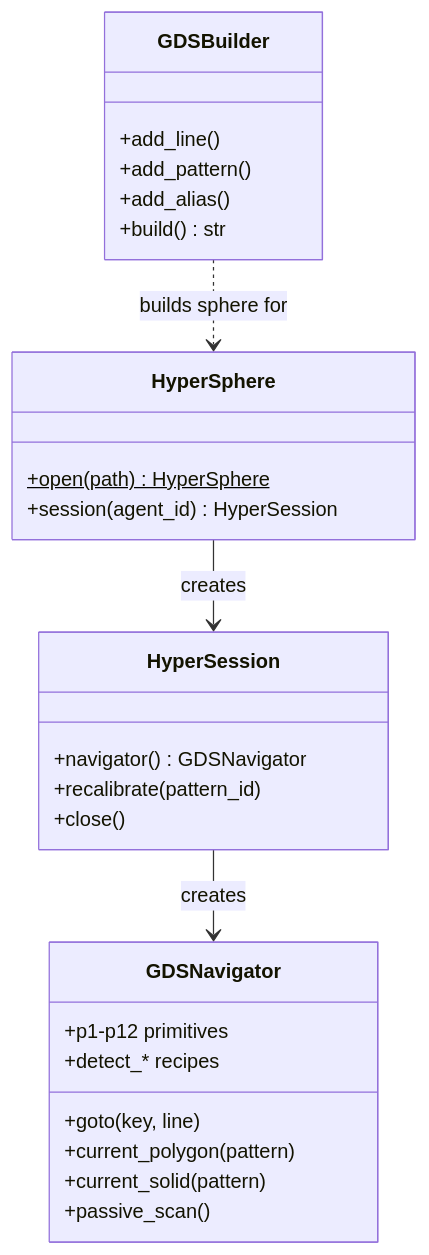
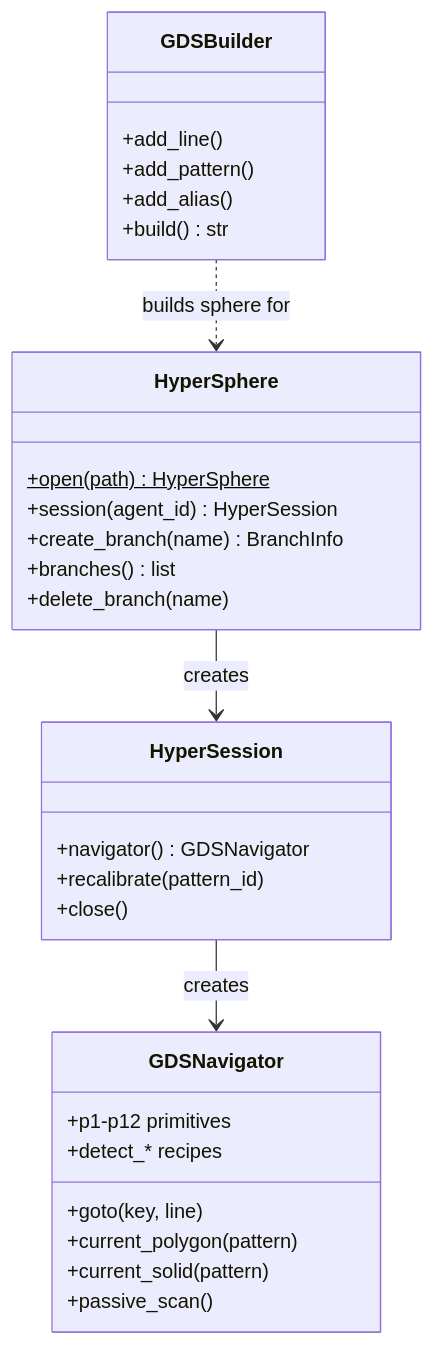
The first of 2 diagrams in docs/api-reference.md (hypertopos/hypertopos-py), drawn with Mermaid before and after one commit. The commit also changed other lines of this file and 358 other files, not shown here.

````diff
--- a/docs/api-reference.md
+++ b/docs/api-reference.md
@@ -9,30 +9,33 @@
 ```mermaid
 classDiagram
     class HyperSphere {
         +open(path) HyperSphere$
         +session(agent_id) HyperSession
+        +create_branch(name) BranchInfo
+        +branches() list
+        +delete_branch(name)
     }
     class HyperSession {
         +navigator() GDSNavigator
         +recalibrate(pattern_id)
         +close()
     }
     class GDSNavigator {
         +goto(key, line)
         +current_polygon(pattern)
         +current_solid(pattern)
         +p1-p12 primitives
         +detect_* recipes
         +passive_scan()
     }
     class GDSBuilder {
         +add_line()
         +add_pattern()
         +add_alias()
         +build() str
     }
 
     HyperSphere --> HyperSession : creates
     HyperSession --> GDSNavigator : creates
     GDSBuilder ..> HyperSphere : builds sphere for
 ```
````
